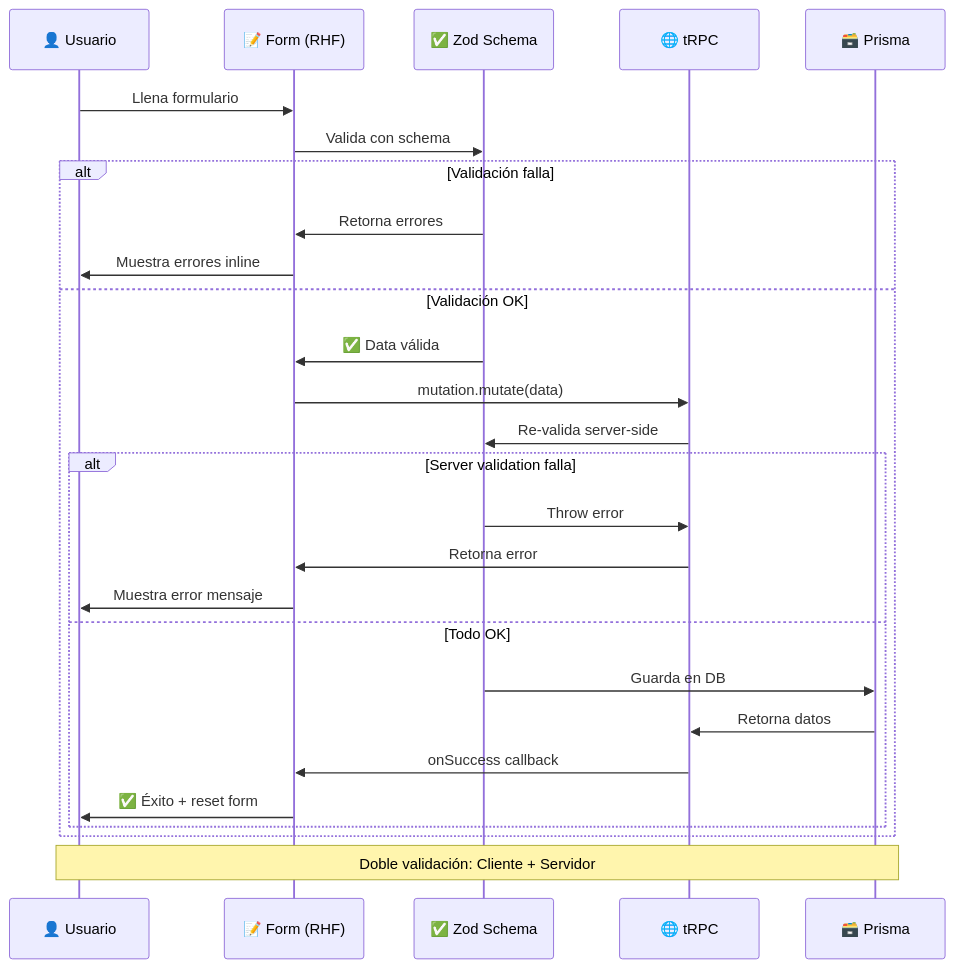
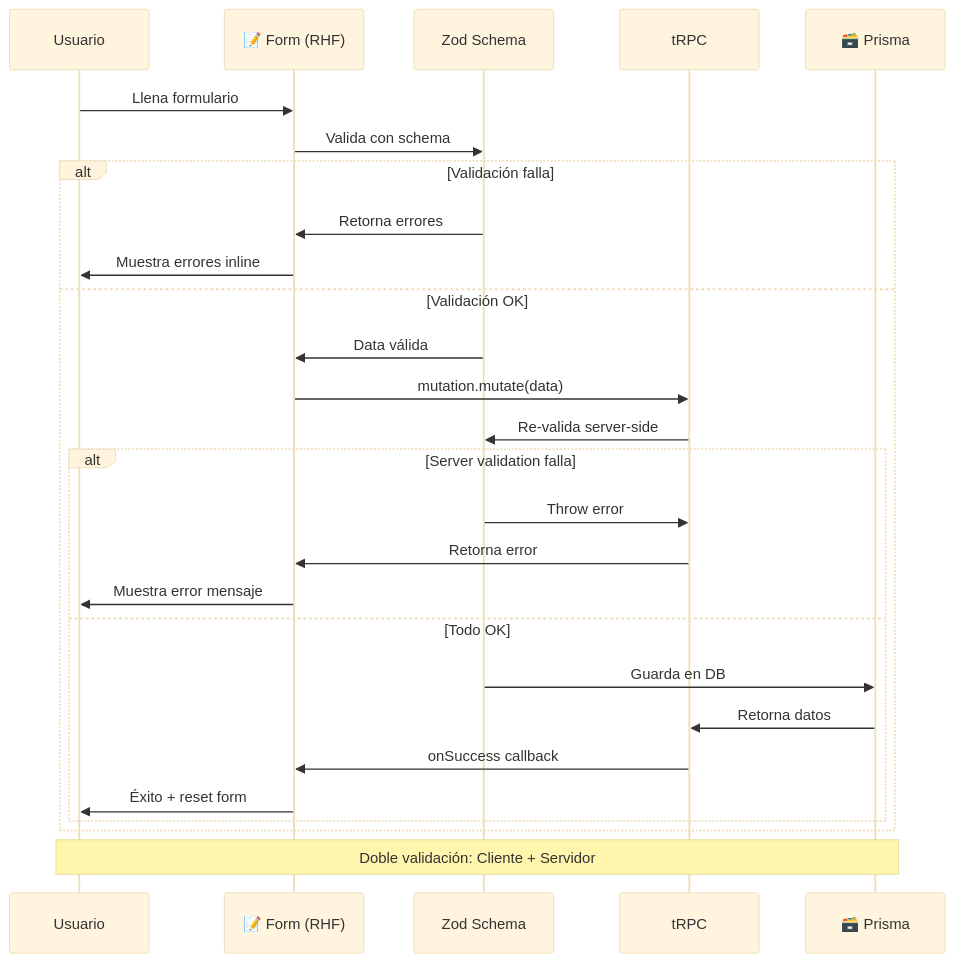
The seventh of 9 diagrams in courses/🟡-development/FPUNA-2026/01-DESARROLLO-SOFTWARE/especializaciones/web-development/02-desarrollo-fullstack.md (Ai-Whisperers/Courses-Content), drawn with Mermaid before and after one commit. The commit also changed other lines of this file and 47 other files, not shown here.

First line of the commit message:
fix: Make all 473 diagrams WCAG AAA accessible (FPUNA-2026)

````diff
--- a/courses/🟡-development/FPUNA-2026/01-DESARROLLO-SOFTWARE/especializaciones/web-development/02-desarrollo-fullstack.md
+++ b/courses/🟡-development/FPUNA-2026/01-DESARROLLO-SOFTWARE/especializaciones/web-development/02-desarrollo-fullstack.md
@@ -1320,33 +1326,34 @@
 ```mermaid
+%%{init: {'theme':'base', 'themeVariables': {'fontSize':'18px'}}}%%
 sequenceDiagram
-    participant U as 👤 Usuario
+    participant U as Usuario
     participant F as 📝 Form (RHF)
-    participant Z as ✅ Zod Schema
-    participant T as 🌐 tRPC
+    participant Z as Zod Schema
+    participant T as tRPC
     participant P as 🗃️ Prisma
     
     U->>F: Llena formulario
     F->>Z: Valida con schema
     
     alt Validación falla
         Z->>F: Retorna errores
         F->>U: Muestra errores inline
     else Validación OK
-        Z->>F: ✅ Data válida
+        Z->>F: Data válida
         F->>T: mutation.mutate(data)
         T->>Z: Re-valida server-side
         
         alt Server validation falla
             Z->>T: Throw error
             T->>F: Retorna error
             F->>U: Muestra error mensaje
         else Todo OK
             Z->>P: Guarda en DB
             P->>T: Retorna datos
             T->>F: onSuccess callback
-            F->>U: ✅ Éxito + reset form
+            F->>U: Éxito + reset form
         end
     end
     
     Note over U,P: Doble validación: Cliente + Servidor
 ```
````
